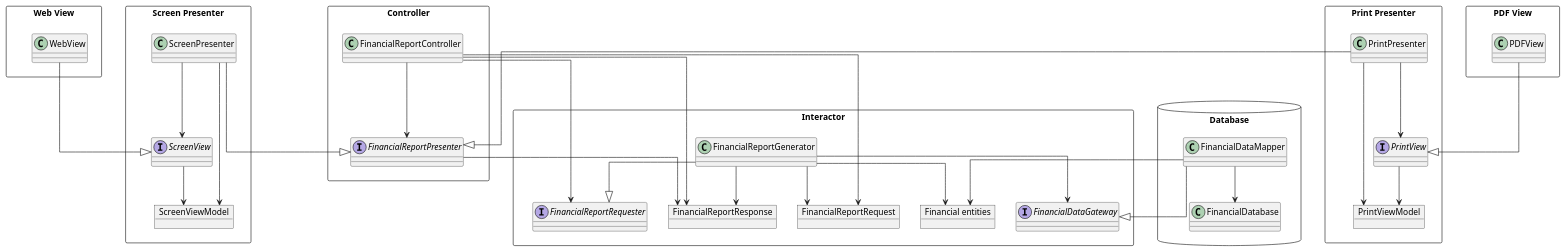
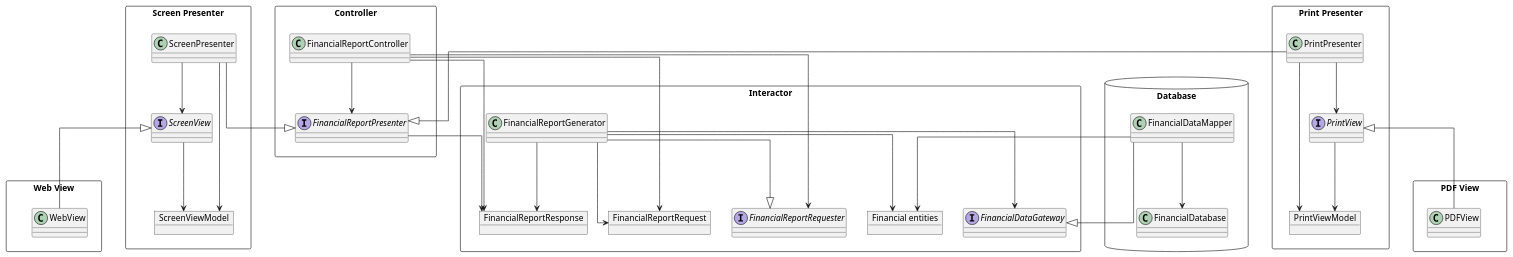
Before and after one commit to huland/logseq-notes: the third of 3 diagrams in pages/Robert C. Martin - Clean Architecture A Craftsman's Guide to Software Structure and Design.md, drawn with PlantUML.

Commit message:
Auto saved by Logseq

```diff
--- a/pages/Robert C. Martin - Clean Architecture A Craftsman's Guide to Software Structure and Design.md
+++ b/pages/Robert C. Martin - Clean Architecture A Craftsman's Guide to Software Structure and Design.md
@@ -202,67 +202,67 @@
 				  @startuml
 				  skinparam linetype ortho
 				  
 				  package Interactor <<Rectangle>> {
 				    object FinancialReportRequest
 				    interface FinancialReportRequester
 				    object FinancialReportResponse
 				    class FinancialReportGenerator
 				    interface FinancialDataGateway
 				    object "Financial entities" as FinancialEntities
 				  }
 				  package Controller <<Rectangle>> {
 				    class FinancialReportController 
 				    interface FinancialReportPresenter
 				  }
 				  package Database <<Database>> {
 				    class FinancialDataMapper 
 				    class FinancialDatabase
 				  }
 				  package "Screen Presenter" as ScreenPres <<Rectangle>> {
 				    class ScreenPresenter
 				    object ScreenViewModel
 				    interface ScreenView
 				  }
 				  package "Print Presenter" as PrintPres <<Rectangle>> {
 				    class PrintPresenter
 				    object PrintViewModel
 				    interface PrintView
 				  } 
 				  package "PDF View" as PDFV <<Rectangle>> {
 				    class PDFView
 				  } 
 				  package "Web View" as WebV <<Rectangle>> {
 				    class WebView
 				  } 
 				  
 				  FinancialReportGenerator --> FinancialReportRequest
 				  FinancialReportGenerator --> FinancialEntities
 				  FinancialReportGenerator --> FinancialReportResponse
 				  FinancialReportGenerator --> FinancialDataGateway
 				  FinancialReportGenerator --|> FinancialReportRequester
 				  FinancialDataMapper --> FinancialDatabase
 				  FinancialDataMapper --> FinancialEntities
 				  FinancialDataMapper --|> FinancialDataGateway
 				  FinancialReportController --> FinancialReportPresenter
 				  FinancialReportPresenter --> FinancialReportResponse
 				  FinancialReportController --> FinancialReportRequest
 				  FinancialReportController --> FinancialReportRequester
 				  FinancialReportController --> FinancialReportResponse
 				  ScreenPresenter --> ScreenView
 				  ScreenView --> ScreenViewModel
 				  ScreenPresenter --> ScreenViewModel
 				  ScreenPresenter --|> FinancialReportPresenter
 				  PrintPresenter --> PrintView
 				  PrintView --> PrintViewModel
 				  PrintPresenter --> PrintViewModel
 				  PrintPresenter --|> FinancialReportPresenter
-				  WebView --|> ScreenView
-				  PDFView --|> PrintView
+				  WebView -u-|> ScreenView
+				  PDFView -u-|> PrintView
 				  
 				  WebV -[hidden]> ScreenPres
 				  PDFV -[hidden]> PrintPres
 				  PrintPres -[hidden]> Controller
 				  ScreenPres -[hidden]> Controller
 				  Controller -[hidden]> Interactor
 				  Interactor -[hidden]> Database
 				  @enduml
```
